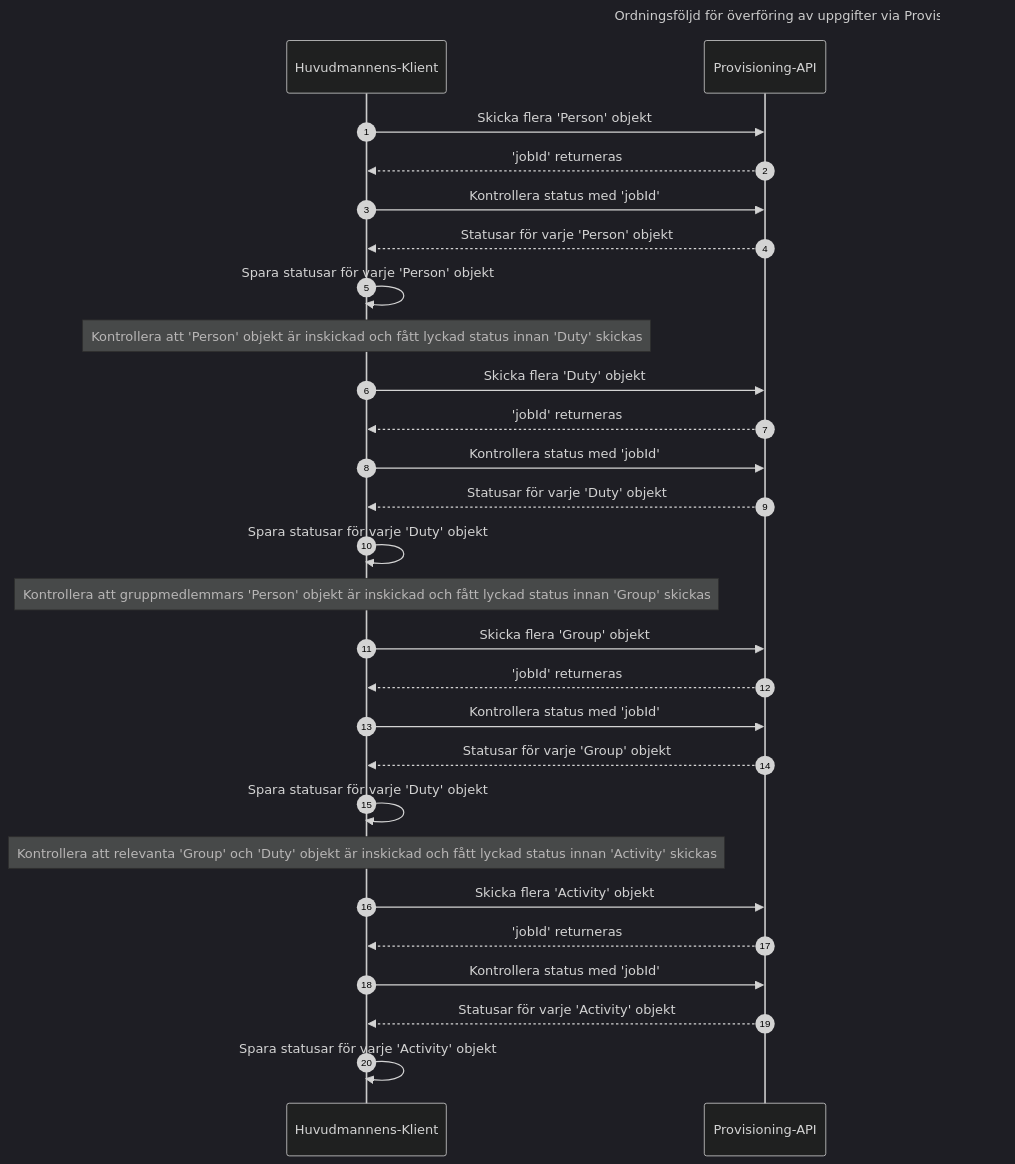
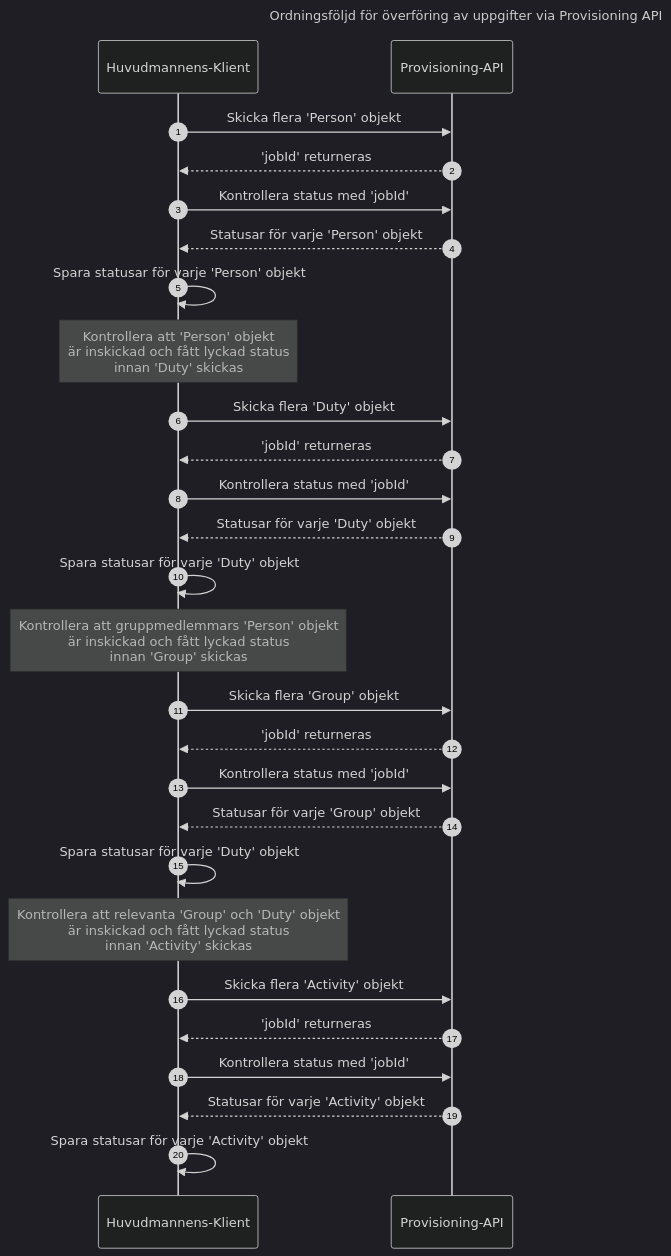
One commit to skolverket/dnp-usermanagement changed the second of 2 diagrams in provisioning-api/README.md. Above: the diagram before and after it, drawn with Mermaid (dark theme). The commit also changed other lines of this file and 7 other files, not shown here.

`````diff
--- a/provisioning-api/README.md
+++ b/provisioning-api/README.md
@@ -27,33 +27,33 @@
 ````mermaid
 sequenceDiagram
     title   Ordningsföljd för överföring av uppgifter via Provisioning API
     autonumber
     participant Huvudmannens-Klient
     participant Provisioning-API
     Huvudmannens-Klient->>Provisioning-API: Skicka flera 'Person' objekt
     Provisioning-API-->>Huvudmannens-Klient: 'jobId' returneras
     Huvudmannens-Klient->>Provisioning-API: Kontrollera status med 'jobId'
     Provisioning-API-->>Huvudmannens-Klient: Statusar för varje 'Person' objekt
     Huvudmannens-Klient->>Huvudmannens-Klient: Spara statusar för varje 'Person' objekt
     
-    Note over Huvudmannens-Klient: Kontrollera att 'Person' objekt är inskickad och fått lyckad status innan 'Duty' skickas
+    Note over Huvudmannens-Klient: Kontrollera att 'Person' objekt<br>är inskickad och fått lyckad status<br>innan 'Duty' skickas
     Huvudmannens-Klient->>Provisioning-API: Skicka flera 'Duty' objekt
     Provisioning-API-->>Huvudmannens-Klient: 'jobId' returneras
     Huvudmannens-Klient->>Provisioning-API: Kontrollera status med 'jobId'
     Provisioning-API-->>Huvudmannens-Klient: Statusar för varje 'Duty' objekt
     Huvudmannens-Klient->>Huvudmannens-Klient: Spara statusar för varje 'Duty' objekt
     
-    Note over Huvudmannens-Klient: Kontrollera att gruppmedlemmars 'Person' objekt är inskickad och fått lyckad status innan 'Group' skickas
+    Note over Huvudmannens-Klient: Kontrollera att gruppmedlemmars 'Person' objekt<br>är inskickad och fått lyckad status<br>innan 'Group' skickas
     Huvudmannens-Klient->>Provisioning-API: Skicka flera 'Group' objekt
     Provisioning-API-->>Huvudmannens-Klient: 'jobId' returneras
     Huvudmannens-Klient->>Provisioning-API: Kontrollera status med 'jobId'
     Provisioning-API-->>Huvudmannens-Klient: Statusar för varje 'Group' objekt
     Huvudmannens-Klient->>Huvudmannens-Klient: Spara statusar för varje 'Duty' objekt
 
-    Note over Huvudmannens-Klient: Kontrollera att relevanta 'Group' och 'Duty' objekt är inskickad och fått lyckad status innan 'Activity' skickas
+    Note over Huvudmannens-Klient: Kontrollera att relevanta 'Group' och 'Duty' objekt<br>är inskickad och fått lyckad status<br>innan 'Activity' skickas
     Huvudmannens-Klient->>Provisioning-API: Skicka flera 'Activity' objekt
     Provisioning-API-->>Huvudmannens-Klient: 'jobId' returneras
     Huvudmannens-Klient->>Provisioning-API: Kontrollera status med 'jobId'
     Provisioning-API-->>Huvudmannens-Klient: Statusar för varje 'Activity' objekt
     Huvudmannens-Klient->>Huvudmannens-Klient: Spara statusar för varje 'Activity' objekt
 ````
`````
